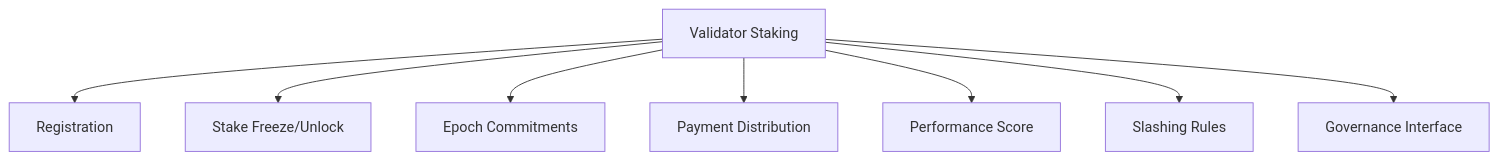
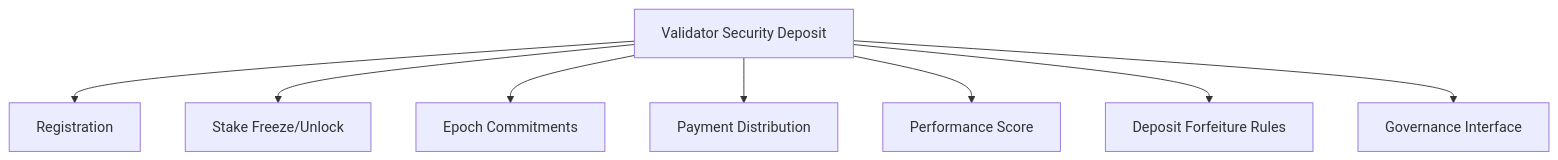
One commit to Aros-Technology-Studio/AST-Aros-Financial-Paradigm changed diagram 12 of 15 in architecture_diagrams.md. Above: the diagram before and after it, drawn with Mermaid. The commit also changed other lines of this file and 69 other files, not shown here.

````diff
--- a/architecture_diagrams.md
+++ b/architecture_diagrams.md
@@ -155,11 +155,11 @@
 ```mermaid
 graph TD
-  A[Validator Staking]
+  A[Validator Security Deposit]
   A --> B[Registration]
   A --> C[Stake Freeze/Unlock]
   A --> D[Epoch Commitments]
   A --> E[Payment Distribution]
   A --> F[Performance Score]
-  A --> G[Slashing Rules]
+  A --> G[Deposit Forfeiture Rules]
   A --> H[Governance Interface]
 ```
````
